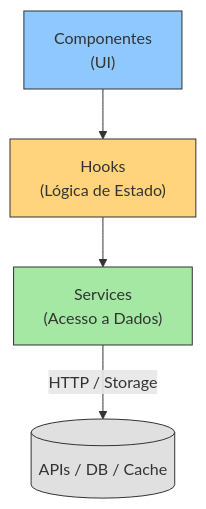
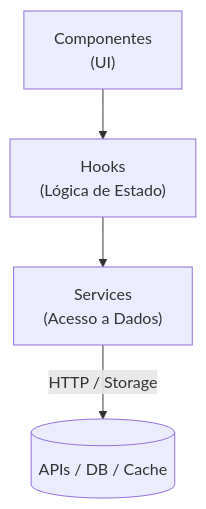
Before and after one commit to tiagovilasboas/kanastra-frontend-challenge: the diagram in README.md, drawn with Mermaid.

Commit message:
docs(readme): improve Mermaid diagram contrast; style: fix import order after auto-fix

````diff
--- a/README.md
+++ b/README.md
@@ -87,10 +87,6 @@
 ```mermaid
 flowchart TD
   UI["Componentes \n(UI)"] --> Hooks["Hooks \n(Lógica de Estado)"]
   Hooks --> Services["Services \n(Acesso a Dados)"]
   Services -->|HTTP / Storage| Sources[("APIs / DB / Cache")]
-  style UI fill:#8fc7ff,stroke:#333,stroke-width:1px
-  style Hooks fill:#ffd47d,stroke:#333,stroke-width:1px
-  style Services fill:#a4e8a4,stroke:#333,stroke-width:1px
-  style Sources fill:#e0e0e0,stroke:#333,stroke-width:1px
 ```
````
